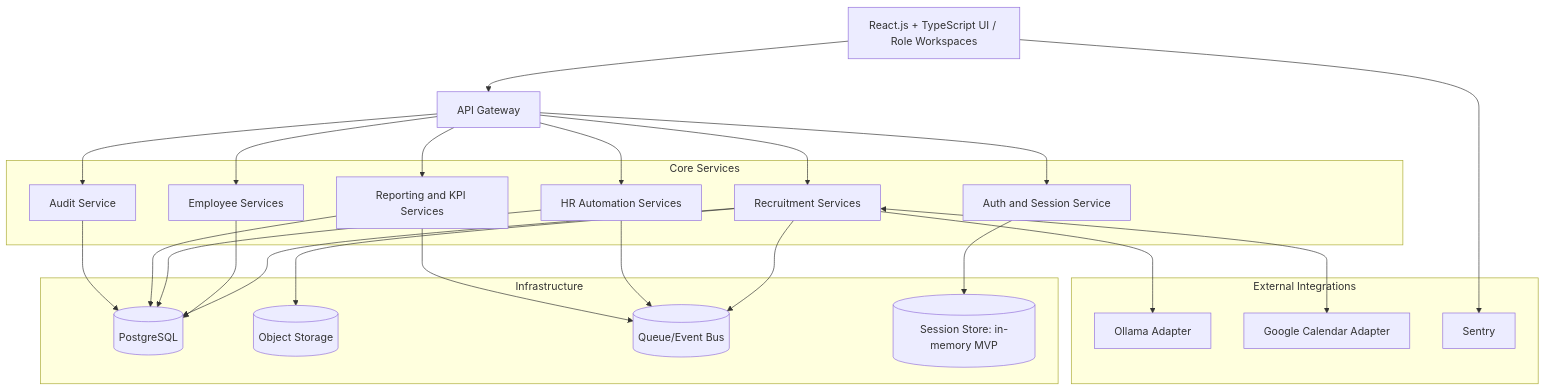
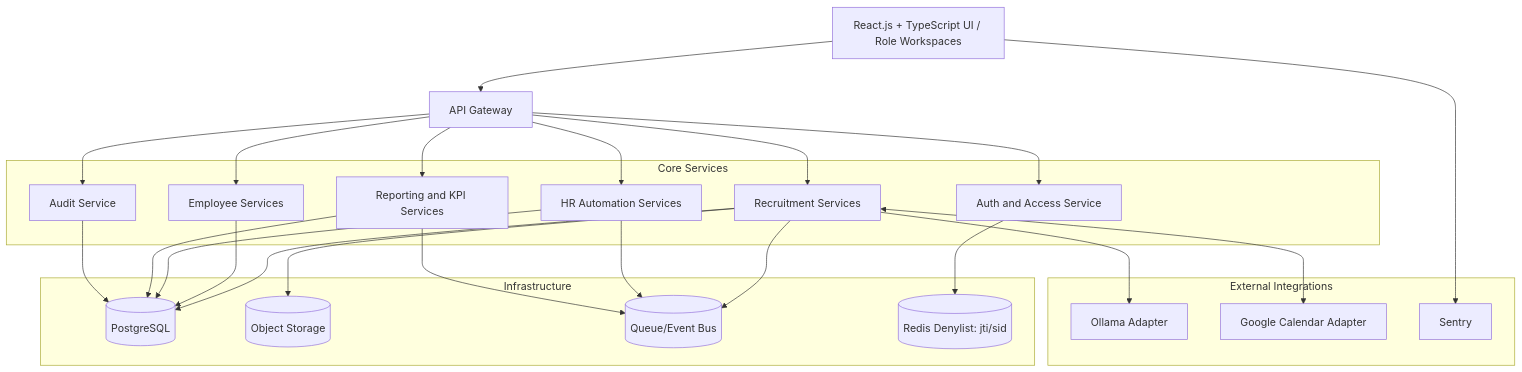
One commit to RubiFoc/hrm changed the second of 10 diagrams in docs/architecture/diagrams.md. Above: the diagram before and after it, drawn with Mermaid. The commit also changed other lines of this file and 45 other files, not shown here.

Commit message:
refactor: migrate auth to jwt denylist package architecture

````diff
--- a/docs/architecture/diagrams.md
+++ b/docs/architecture/diagrams.md
@@ -39,51 +39,51 @@
 ```mermaid
 flowchart TB
   UI[React.js + TypeScript UI / Role Workspaces]
   API[API Gateway]
 
   subgraph Core[Core Services]
-    AUTH[Auth and Session Service]
+    AUTH[Auth and Access Service]
     REC[Recruitment Services]
     EMPDOM[Employee Services]
     HROPS[HR Automation Services]
     ANALYTICS[Reporting and KPI Services]
     AUDIT[Audit Service]
   end
 
   subgraph Infra[Infrastructure]
     DB[(PostgreSQL)]
     OBJ[(Object Storage)]
     QUEUE[(Queue/Event Bus)]
-    SESSION[(Session Store: in-memory MVP)]
+    REDISDNL[(Redis Denylist: jti/sid)]
   end
 
   subgraph Ext[External Integrations]
     OLLAMA[Ollama Adapter]
     GCALSYNC[Google Calendar Adapter]
     SENTRY[Sentry]
   end
 
   UI --> API
   API --> AUTH
   API --> REC
   API --> EMPDOM
   API --> HROPS
   API --> ANALYTICS
-  AUTH --> SESSION
+  AUTH --> REDISDNL
 
   REC --> DB
   EMPDOM --> DB
   HROPS --> DB
   ANALYTICS --> DB
   AUDIT --> DB
 
   REC --> OBJ
   REC --> QUEUE
   HROPS --> QUEUE
   ANALYTICS --> QUEUE
 
   REC --> OLLAMA
   REC <--> GCALSYNC
   API --> AUDIT
   UI --> SENTRY
 ```
````
